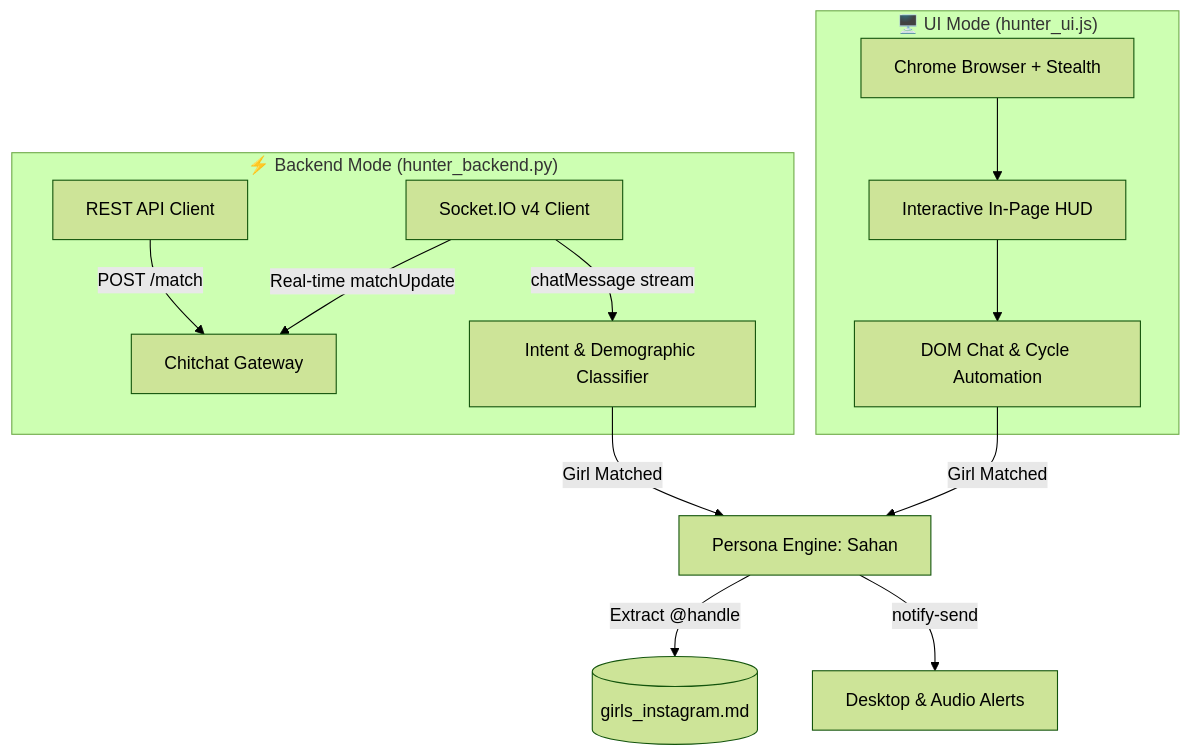
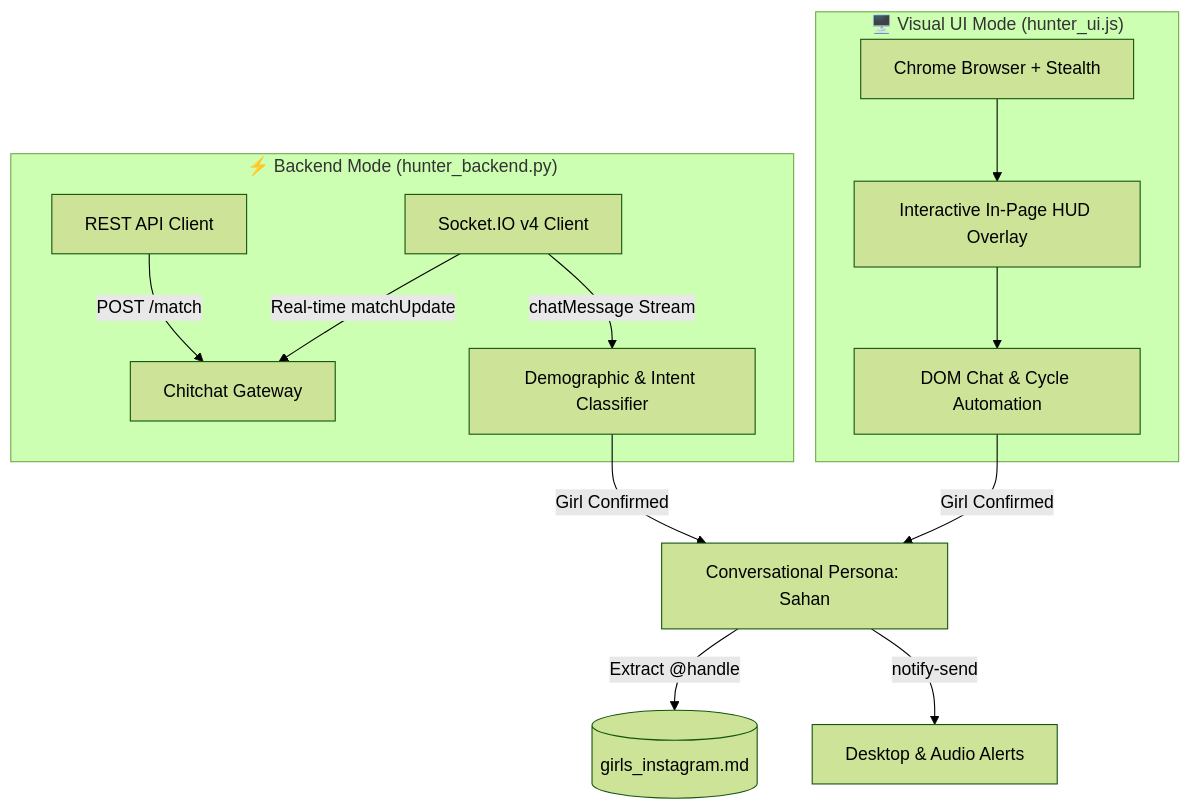
Before and after one commit to dulithdivisekara/chitchat-automation-suite: the diagram in README.md, drawn with Mermaid (forest theme). The commit also changed other lines of this file and 35 other files, not shown here.

````diff
--- a/README.md
+++ b/README.md
@@ -33,18 +61,18 @@
 ```mermaid
 graph TD
-    subgraph UI_Mode ["🖥️ UI Mode (hunter_ui.js)"]
-        A[Chrome Browser + Stealth] --> B[Interactive In-Page HUD]
+    subgraph UI_Mode ["🖥️ Visual UI Mode (hunter_ui.js)"]
+        A[Chrome Browser + Stealth] --> B[Interactive In-Page HUD Overlay]
         B --> C[DOM Chat & Cycle Automation]
     end
 
     subgraph Backend_Mode ["⚡ Backend Mode (hunter_backend.py)"]
         D[REST API Client] -->|POST /match| E[Chitchat Gateway]
         F[Socket.IO v4 Client] -->|Real-time matchUpdate| E
-        F -->|chatMessage stream| G[Intent & Demographic Classifier]
+        F -->|chatMessage Stream| G[Demographic & Intent Classifier]
     end
 
-    G -->|Girl Matched| H[Persona Engine: Sahan]
-    C -->|Girl Matched| H
+    G -->|Girl Confirmed| H[Conversational Persona: Sahan]
+    C -->|Girl Confirmed| H
     H -->|Extract @handle| I[(girls_instagram.md)]
     H -->|notify-send| J[Desktop & Audio Alerts]
 ```
````
